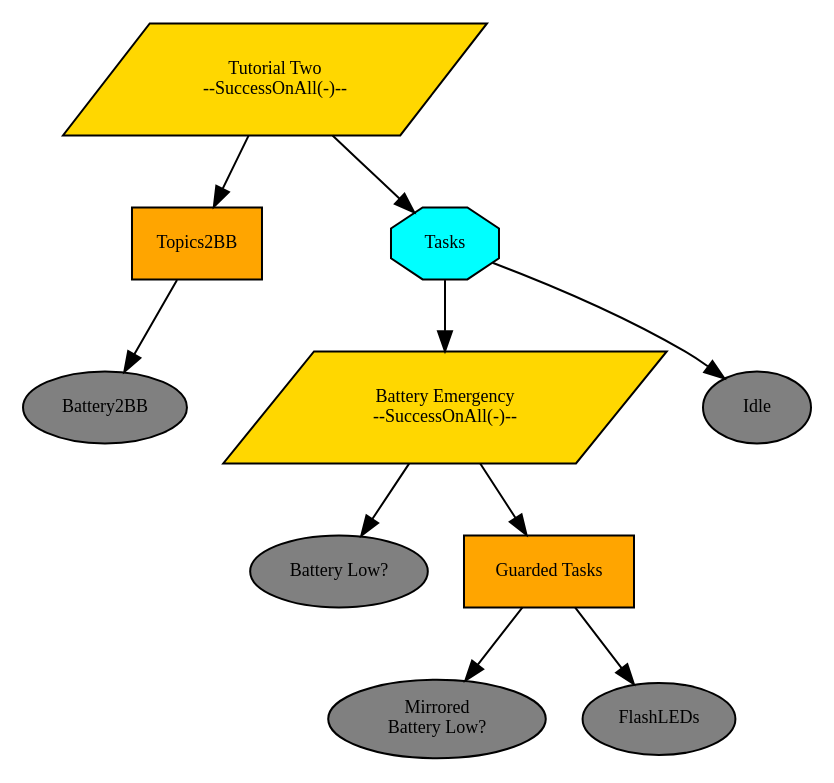
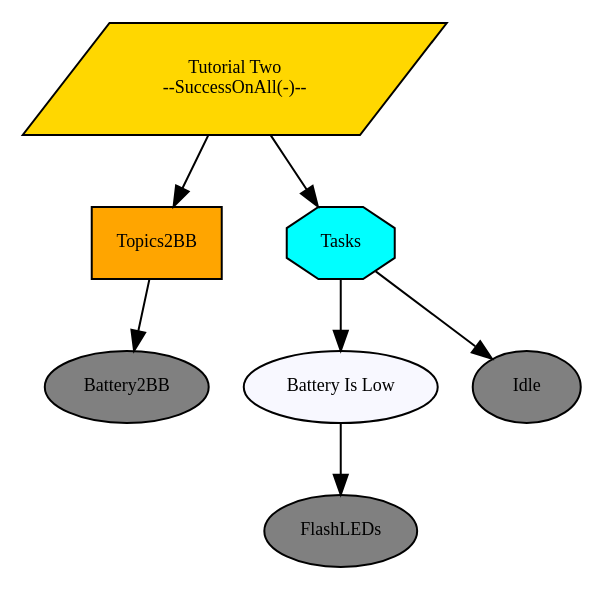
The diagram in doc/dot/tutorial-two-battery-check.dot (splintered-reality/py_trees_ros_tutorials), drawn with Graphviz before and after one commit. The commit also changed 2 other files, not shown here.

```diff
--- a/doc/dot/tutorial-two-battery-check.dot
+++ b/doc/dot/tutorial-two-battery-check.dot
@@ -1,24 +1,18 @@
 digraph pastafarianism {
 graph [fontname="times-roman"];
 node [fontname="times-roman"];
 edge [fontname="times-roman"];
 "Tutorial Two" [label="Tutorial Two\n--SuccessOnAll(-)--", shape=parallelogram, style=filled, fillcolor=gold, fontsize=9, fontcolor=black];
 Topics2BB [label=Topics2BB, shape=box, style=filled, fillcolor=orange, fontsize=9, fontcolor=black];
 "Tutorial Two" -> Topics2BB;
 Battery2BB [label=Battery2BB, shape=ellipse, style=filled, fillcolor=gray, fontsize=9, fontcolor=black];
 Topics2BB -> Battery2BB;
 Tasks [label=Tasks, shape=octagon, style=filled, fillcolor=cyan, fontsize=9, fontcolor=black];
 "Tutorial Two" -> Tasks;
-"Battery Emergency" [label="Battery Emergency\n--SuccessOnAll(-)--", shape=parallelogram, style=filled, fillcolor=gold, fontsize=9, fontcolor=black];
-Tasks -> "Battery Emergency";
-"Battery Low?" [label="Battery Low?", shape=ellipse, style=filled, fillcolor=gray, fontsize=9, fontcolor=black];
-"Battery Emergency" -> "Battery Low?";
-"Guarded Tasks" [label="Guarded Tasks", shape=box, style=filled, fillcolor=orange, fontsize=9, fontcolor=black];
-"Battery Emergency" -> "Guarded Tasks";
-"Mirrored\nBattery Low?" [label="Mirrored\nBattery Low?", shape=ellipse, style=filled, fillcolor=gray, fontsize=9, fontcolor=black];
-"Guarded Tasks" -> "Mirrored\nBattery Low?";
+"Battery Is Low" [label="Battery Is Low", shape=ellipse, style=filled, fillcolor=ghostwhite, fontsize=9, fontcolor=black];
+Tasks -> "Battery Is Low";
 FlashLEDs [label=FlashLEDs, shape=ellipse, style=filled, fillcolor=gray, fontsize=9, fontcolor=black];
-"Guarded Tasks" -> FlashLEDs;
+"Battery Is Low" -> FlashLEDs;
 Idle [label=Idle, shape=ellipse, style=filled, fillcolor=gray, fontsize=9, fontcolor=black];
 Tasks -> Idle;
 }
```
